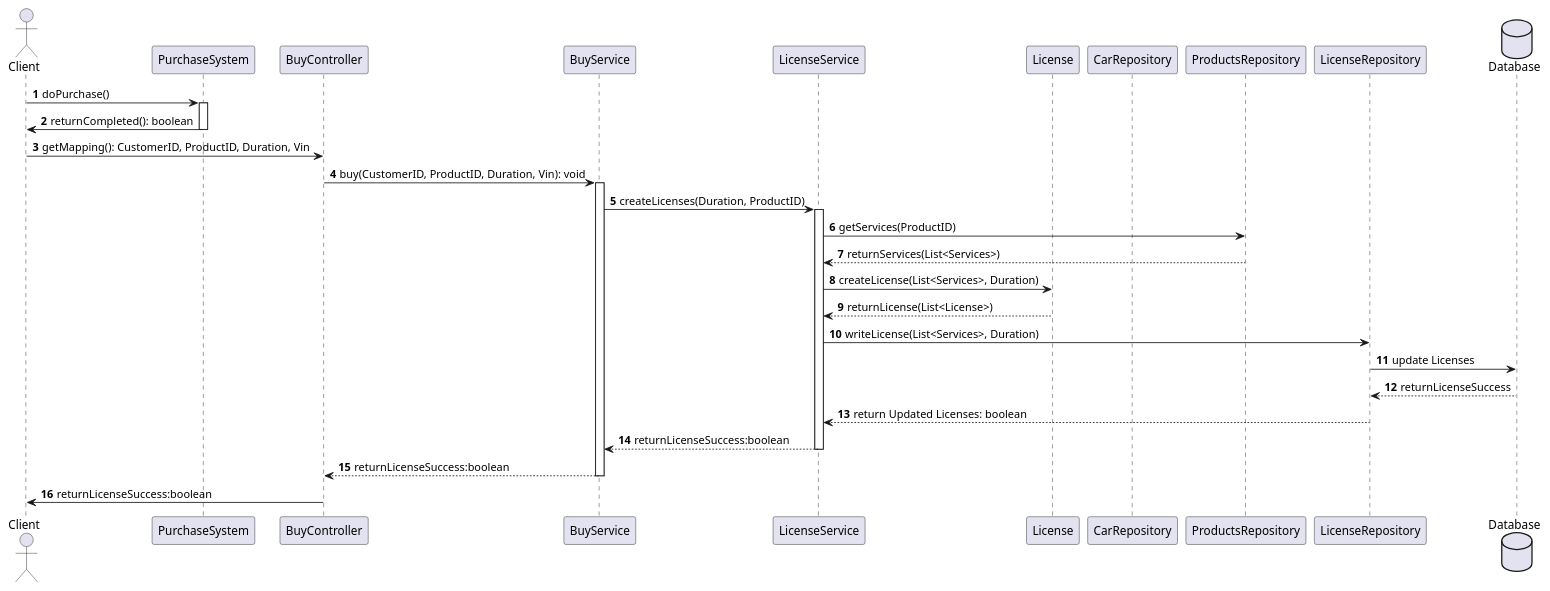
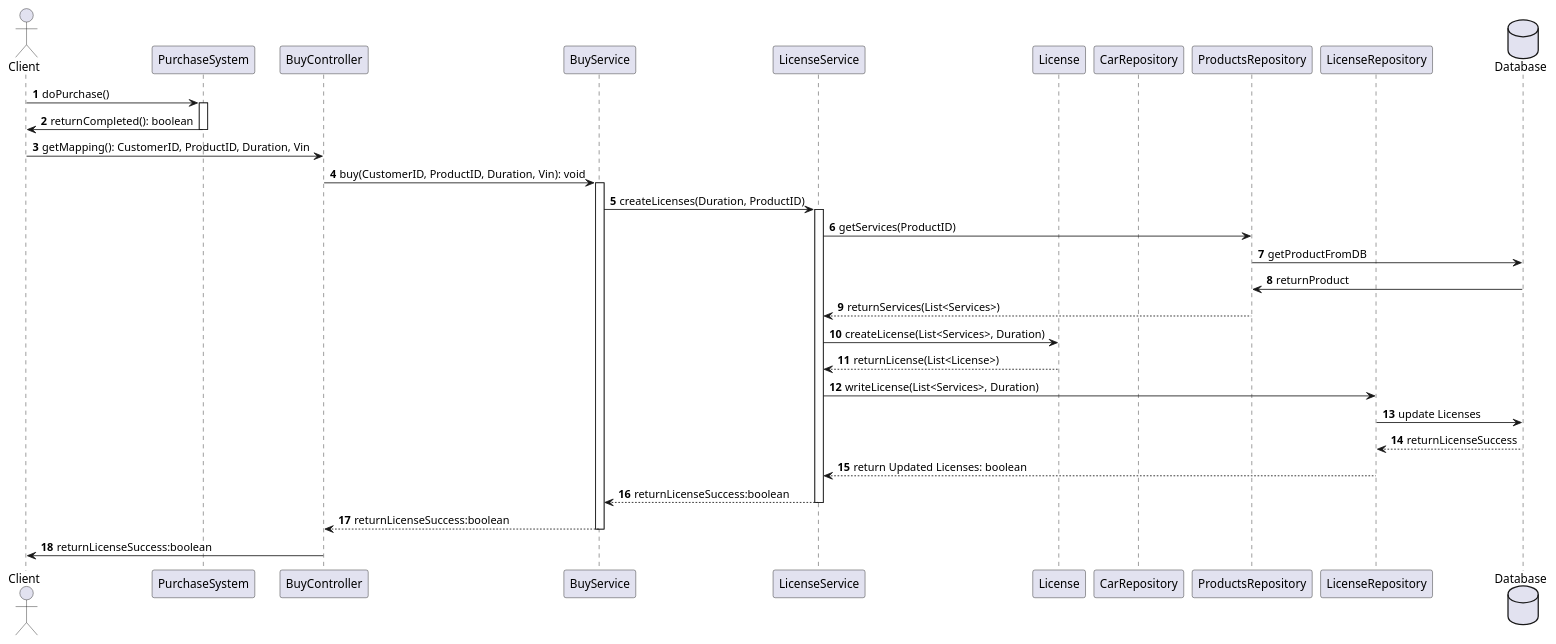
The diagram in SequenceBuy_1.puml (ljbg1996/car-backend), drawn with PlantUML before and after one commit.

Commit message:
Sequence Afternoon Push 3

```diff
--- a/SequenceBuy_1.puml
+++ b/SequenceBuy_1.puml
@@ -1,51 +1,54 @@
 @startuml
 'https://plantuml.com/sequence-diagram
 autonumber
 actor Client as c
 participant PurchaseSystem as ps
 participant BuyController as co
 participant BuyService as s
 'participant LicenseController as lc
 participant LicenseService as ls
 participant License as l
 participant CarRepository as ca
 participant ProductsRepository as p
 participant LicenseRepository as lr
 database Database as db
 
 c->ps : doPurchase()
 activate ps
 ps->c : returnCompleted(): boolean
 deactivate ps
 c -> co: getMapping(): CustomerID, ProductID, Duration, Vin
 
 co-> s: buy(CustomerID, ProductID, Duration, Vin): void
 activate s
 's -> ca: setProduct(ProductId, Vin)
 'ca -> ls: setService(ServiceID)
 
 s-> ls: createLicenses(Duration, ProductID)
 activate ls
 ls->p: getServices(ProductID)
+p->db: getProductFromDB
+db->p: returnProduct
 p-->ls: returnServices(List<Services>)
+
 
 ls->  l: createLicense(List<Services>, Duration)
 
 l-->ls: returnLicense(List<License>)
 
 
 
 ls-> lr: writeLicense(List<Services>, Duration)
 lr->db: update Licenses
 db-->lr: returnLicenseSuccess
 lr-->  ls: return Updated Licenses: boolean
 ls-->s: returnLicenseSuccess:boolean
 deactivate ls
 s-->co: returnLicenseSuccess:boolean
 deactivate s
 co->c: returnLicenseSuccess:boolean
 
 
 
 
 @enduml
```
